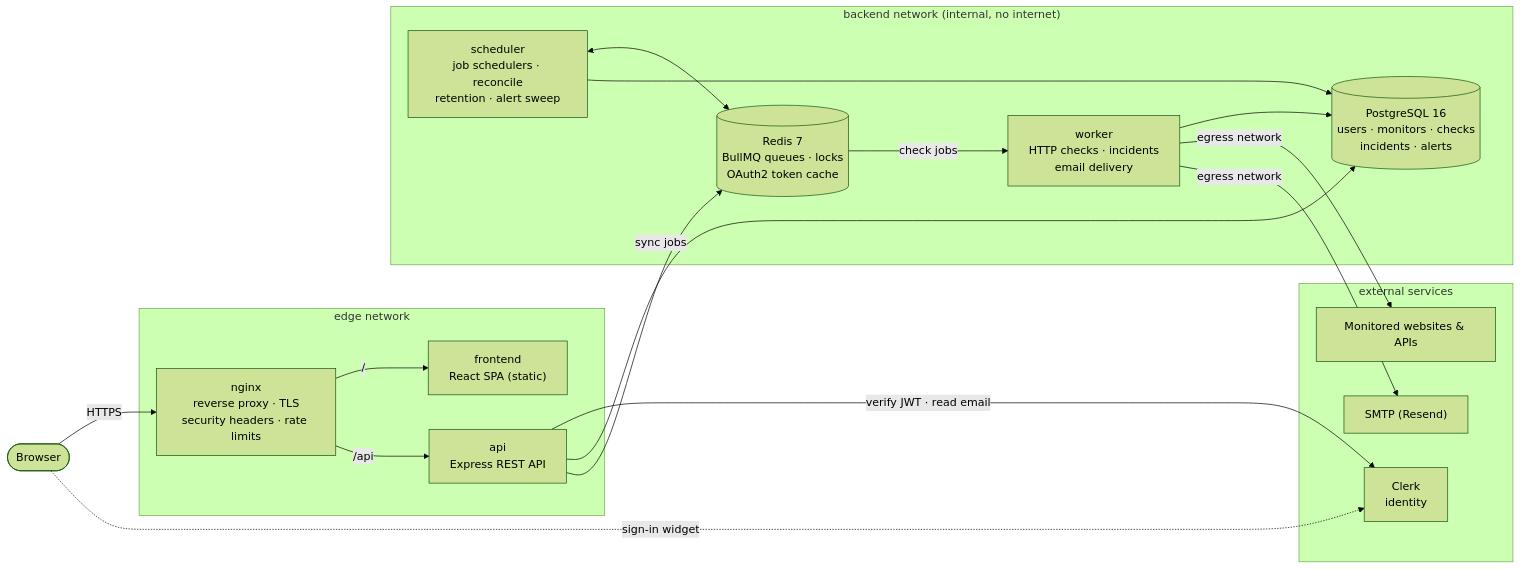
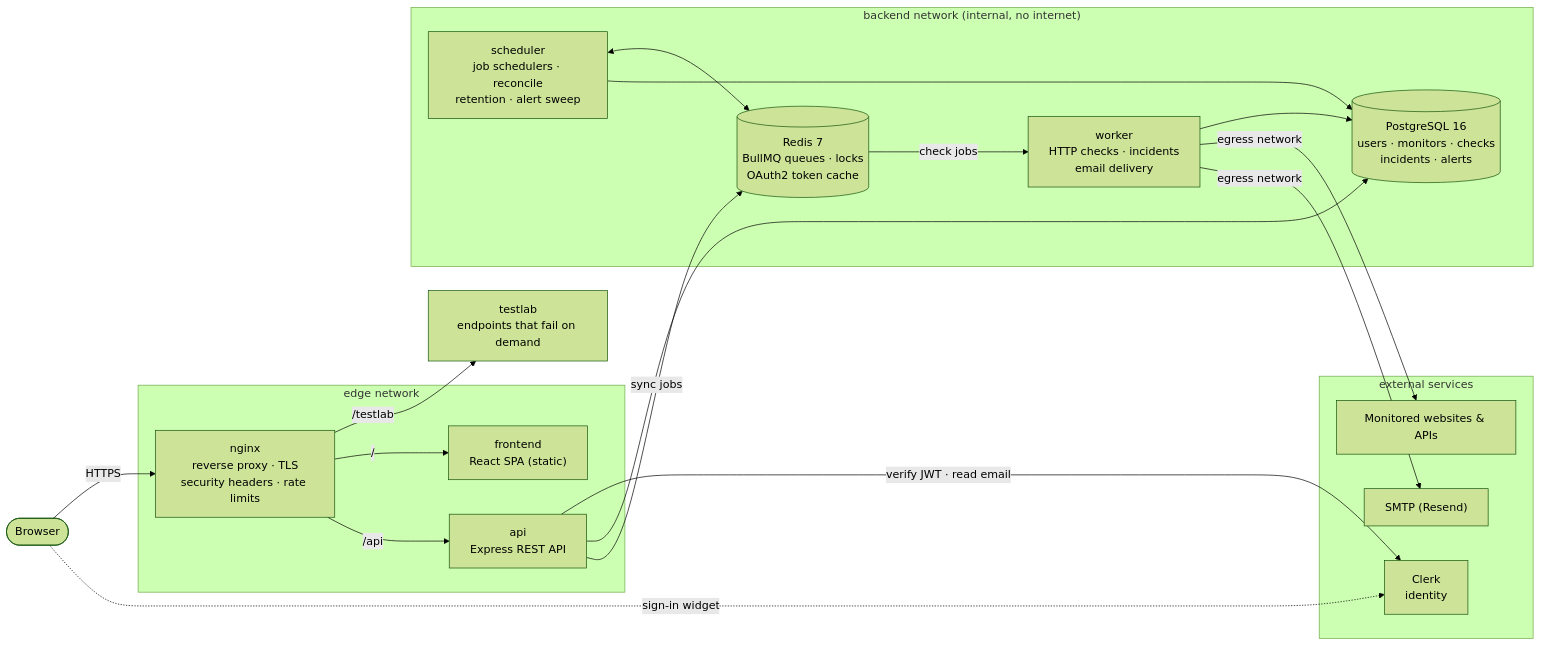
The first of 11 diagrams in README.md (ashutosh-lodha/UptimeHQ), drawn with Mermaid (forest theme) before and after one commit. The commit also changed other lines of this file and 45 other files, not shown here.

````diff
--- a/README.md
+++ b/README.md
@@ -121,37 +185,38 @@
 ```mermaid
 flowchart LR
     user(["Browser"])
 
     subgraph edge["edge network"]
         nginx["nginx<br/>reverse proxy · TLS<br/>security headers · rate limits"]
         fe["frontend<br/>React SPA (static)"]
         api["api<br/>Express REST API"]
     end
 
     subgraph backend["backend network (internal, no internet)"]
         pg[("PostgreSQL 16<br/>users · monitors · checks<br/>incidents · alerts")]
         redis[("Redis 7<br/>BullMQ queues · locks<br/>OAuth2 token cache")]
         sched["scheduler<br/>job schedulers · reconcile<br/>retention · alert sweep"]
         worker["worker<br/>HTTP checks · incidents<br/>email delivery"]
     end
 
     subgraph ext["external services"]
         clerk["Clerk<br/>identity"]
         targets["Monitored websites & APIs"]
         smtp["SMTP (Resend)"]
     end
 
     user -->|HTTPS| nginx
+    nginx -->|/testlab| lab["testlab<br/>endpoints that fail on demand"]
     nginx -->|/| fe
     nginx -->|/api| api
     user -. sign-in widget .-> clerk
     api -->|verify JWT · read email| clerk
     api --> pg
     api -->|sync jobs| redis
     sched <--> redis
     sched --> pg
     redis -->|check jobs| worker
     worker --> pg
     worker -->|egress network| targets
     worker -->|egress network| smtp
 ```
````
